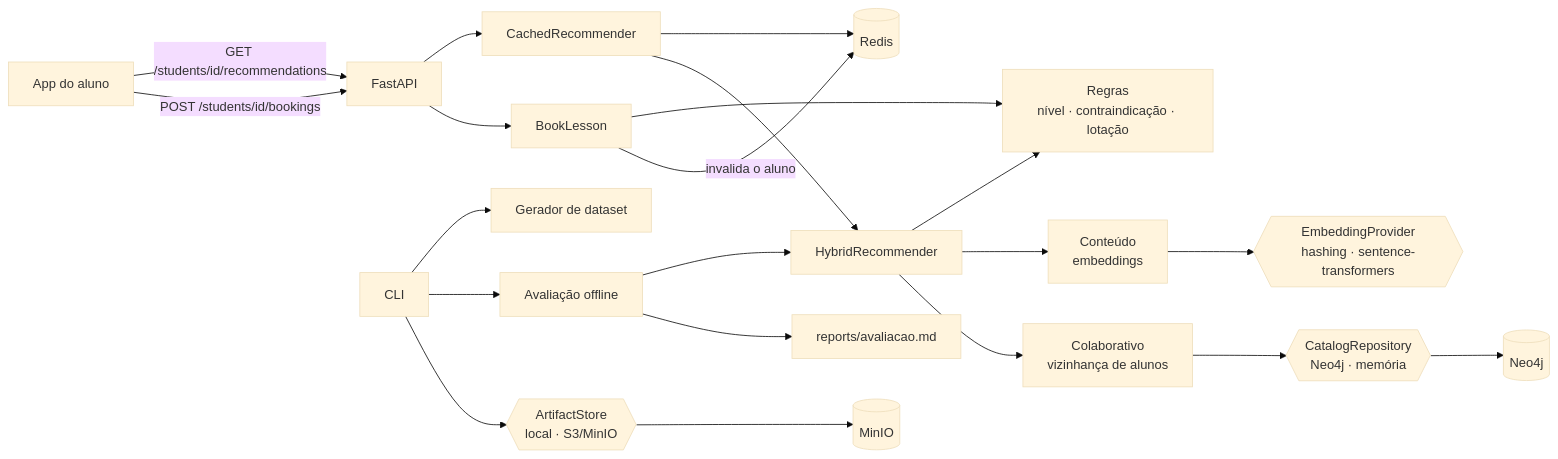
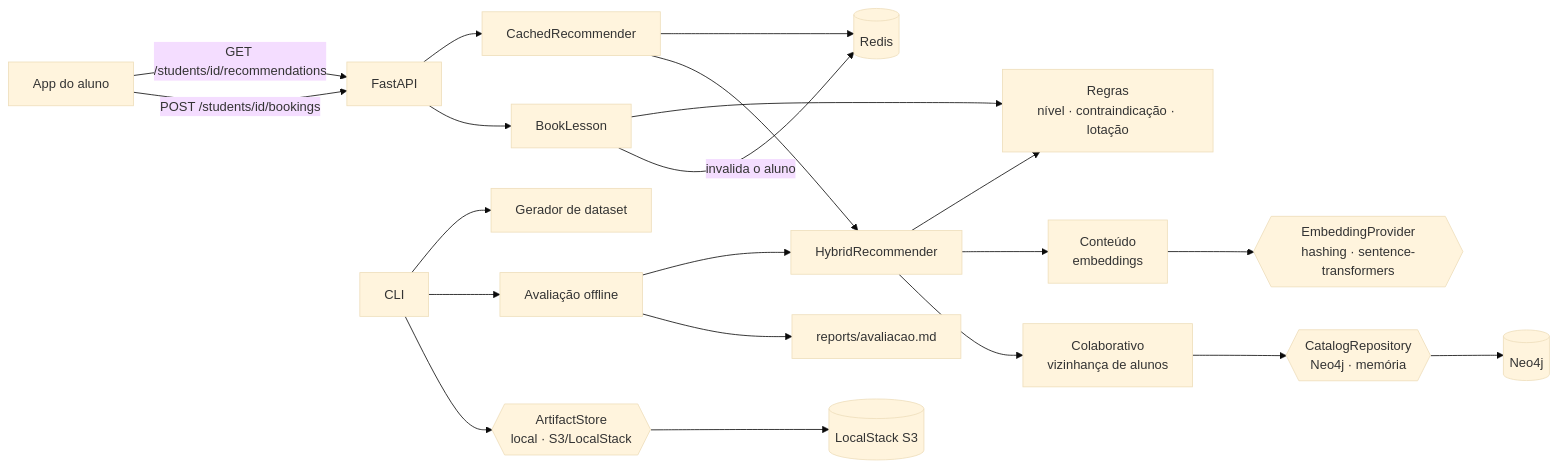
One commit to JohnnyMatteus/lesson-recommender changed the diagram in README.md. Above: the diagram before and after it, drawn with Mermaid (base theme). The commit also changed other lines of this file and 15 other files, not shown here.

First line of the commit message:
feat(infra): troca o S3 local por LocalStack e prova no CI

````diff
--- a/README.md
+++ b/README.md
@@ -39,23 +39,23 @@
 ```mermaid
 flowchart LR
   APP[App do aluno] -->|GET /students/id/recommendations| API[FastAPI]
   APP -->|POST /students/id/bookings| API
   API --> CACHE[CachedRecommender]
   CACHE --> REDIS[(Redis)]
   CACHE --> HYB[HybridRecommender]
   API --> BOOK[BookLesson]
   BOOK --> RULES
   BOOK -->|invalida o aluno| REDIS
   HYB --> RULES[Regras<br/>nível · contraindicação · lotação]
   HYB --> CONTENT[Conteúdo<br/>embeddings]
   HYB --> COLLAB[Colaborativo<br/>vizinhança de alunos]
   CONTENT --> EMB{{EmbeddingProvider<br/>hashing · sentence-transformers}}
   COLLAB --> REPO{{CatalogRepository<br/>Neo4j · memória}}
   REPO --> NEO[(Neo4j)]
   CLI[CLI] --> GEN[Gerador de dataset]
   CLI --> EVAL[Avaliação offline]
   EVAL --> HYB
   EVAL --> REPORT[reports/avaliacao.md]
-  CLI --> STORE{{ArtifactStore<br/>local · S3/MinIO}}
-  STORE --> MINIO[(MinIO)]
+  CLI --> STORE{{ArtifactStore<br/>local · S3/LocalStack}}
+  STORE --> S3LOCAL[(LocalStack S3)]
 ```
````
